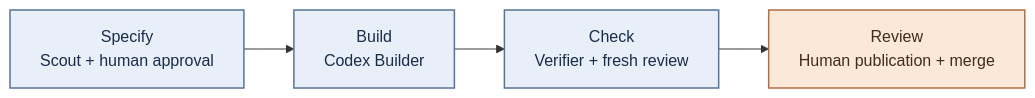
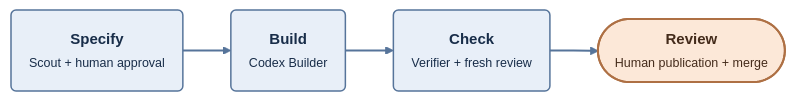
The diagram in README.md (you1anna/aegean), drawn with Mermaid before and after one commit.

Commit message:
docs: improve the workflow diagram layout
Give each step a bold name and a smaller role line. Use rounded
boxes for the automated steps and a pill shape for the human step,
so the shape also shows the difference. Set the font, spacing and
arrow style. The existing palette and accessibility text stay.

````diff
--- a/README.md
+++ b/README.md
@@ -17,12 +17,14 @@
 ```mermaid
+%%{init: {"theme": "base", "themeVariables": {"fontFamily": "-apple-system, Segoe UI, Helvetica, Arial, sans-serif", "fontSize": "15px", "lineColor": "#56749a"}, "flowchart": {"curve": "basis", "nodeSpacing": 40, "rankSpacing": 48, "padding": 18}}}%%
 flowchart LR
     accTitle: Aegean delivery workflow
     accDescr: The Scout drafts a specification. A human approves it. The Builder implements it, protected tests and a fresh review check it, then a human approves publication and decides on merge.
-    S["Specify<br/>Scout + human approval"] --> B["Build<br/>Codex Builder"]
-    B --> V["Check<br/>Verifier + fresh review"]
-    V --> H["Review<br/>Human publication + merge"]
+    S("<b>Specify</b><br/><small>Scout + human approval</small>") --> B("<b>Build</b><br/><small>Codex Builder</small>")
+    B --> V("<b>Check</b><br/><small>Verifier + fresh review</small>")
+    V --> H(["<b>Review</b><br/><small>Human publication + merge</small>"])
     classDef agent fill:#e8eff8,stroke:#56749a,color:#182d49,stroke-width:1.5px
-    classDef gate fill:#fce8d8,stroke:#ae7044,color:#442b1b,stroke-width:1.5px
+    classDef gate fill:#fce8d8,stroke:#ae7044,color:#442b1b,stroke-width:2px
     class S,B,V agent
     class H gate
+    linkStyle default stroke:#56749a,stroke-width:2px
 ```
````
